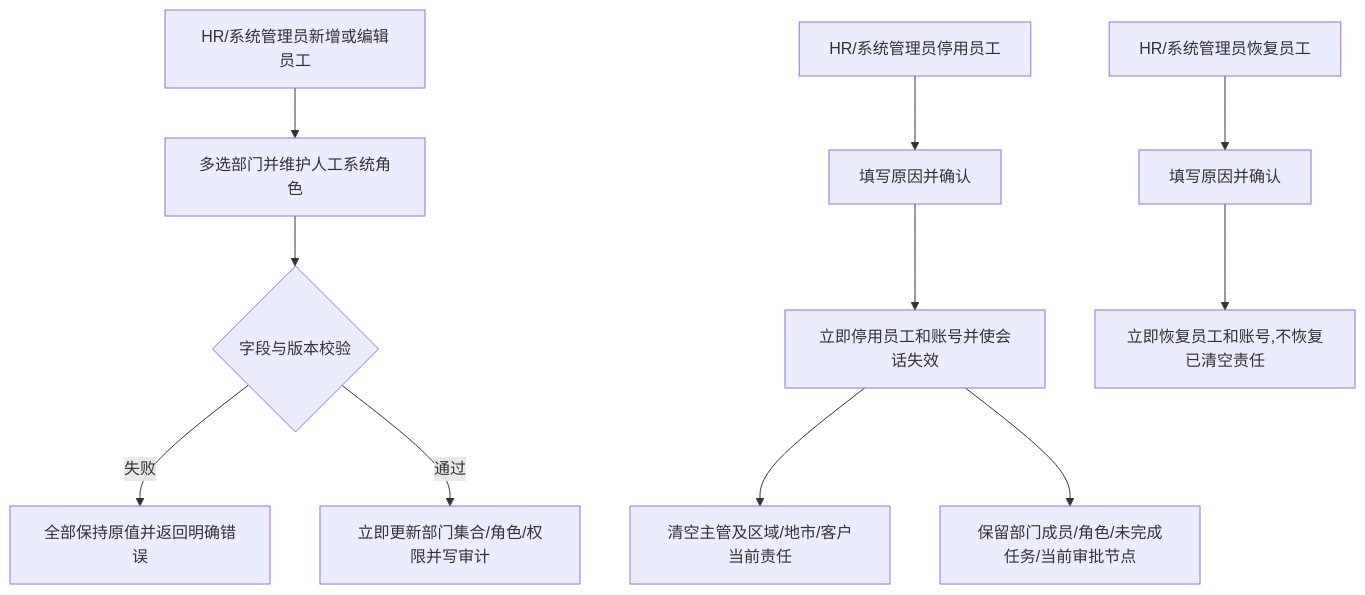
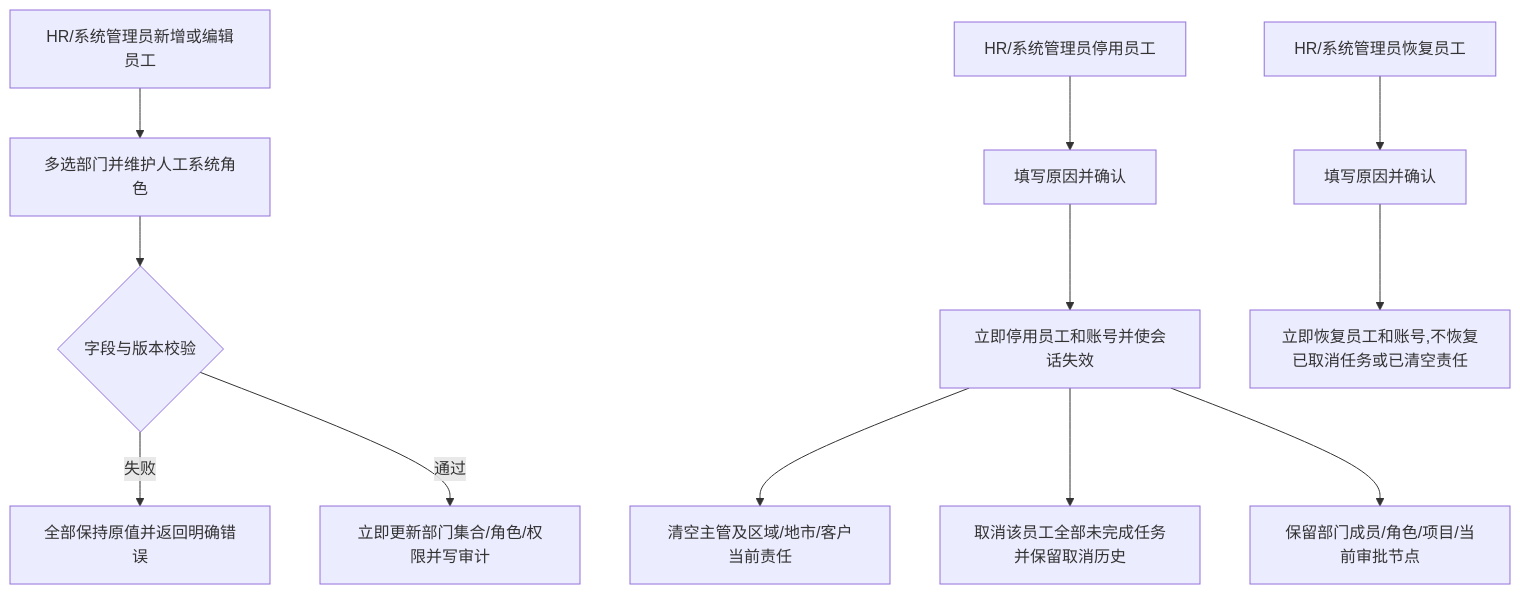
Before and after one commit to Joker-1030/Yingjia-Internal-Management-System: the diagram in prd-workspace/current/user-flows/FLOW-14-M06-employee-change-and-deactivation.md, drawn with Mermaid. The commit also changed other lines of this file and 117 other files, not shown here.

````diff
--- a/prd-workspace/current/user-flows/FLOW-14-M06-employee-change-and-deactivation.md
+++ b/prd-workspace/current/user-flows/FLOW-14-M06-employee-change-and-deactivation.md
@@ -8,13 +8,14 @@
 ```mermaid
 flowchart TD
     A[HR/系统管理员新增或编辑员工] --> B[多选部门并维护人工系统角色]
     B --> C{字段与版本校验}
     C -- 失败 --> D[全部保持原值并返回明确错误]
     C -- 通过 --> E[立即更新部门集合/角色/权限并写审计]
     F[HR/系统管理员停用员工] --> G[填写原因并确认]
     G --> H[立即停用员工和账号并使会话失效]
     H --> I[清空主管及区域/地市/客户当前责任]
-    H --> J[保留部门成员/角色/未完成任务/当前审批节点]
-    K[HR/系统管理员恢复员工] --> L[填写原因并确认]
-    L --> M[立即恢复员工和账号,不恢复已清空责任]
+    H --> J[取消该员工全部未完成任务并保留取消历史]
+    H --> K[保留部门成员/角色/项目/当前审批节点]
+    L[HR/系统管理员恢复员工] --> M[填写原因并确认]
+    M --> N[立即恢复员工和账号,不恢复已取消任务或已清空责任]
 ```
````
